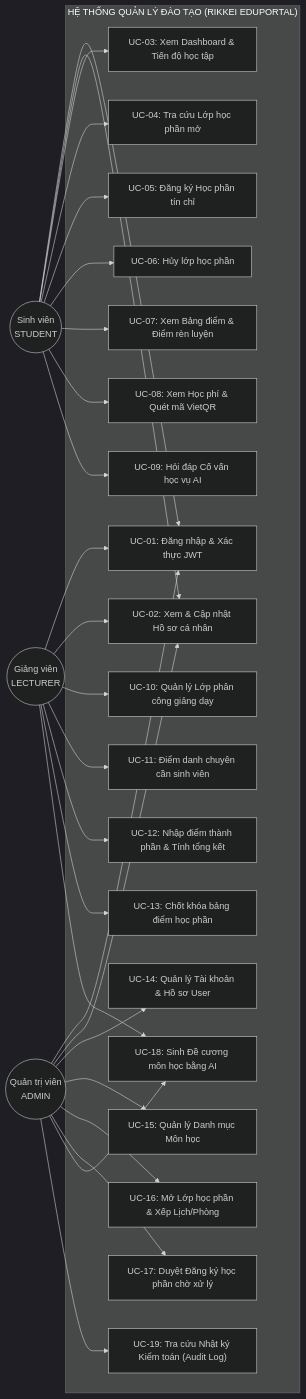
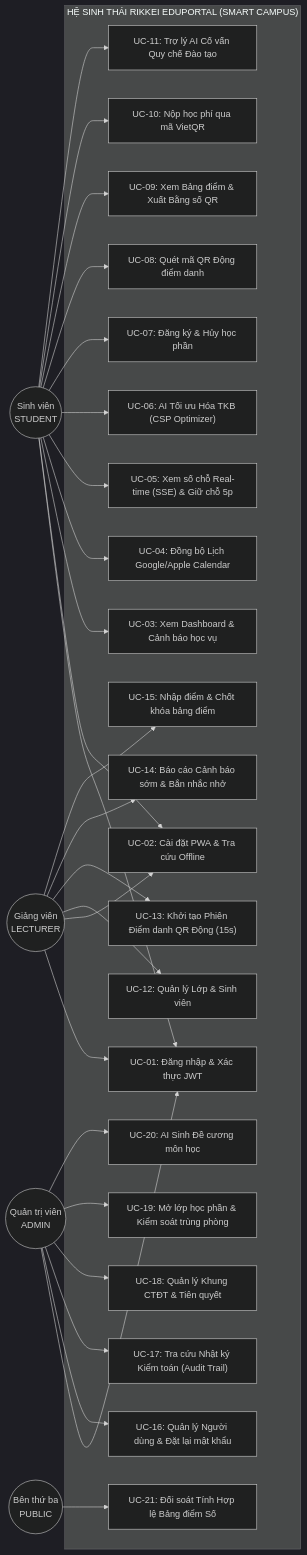
One commit to minh2307/Student-Information-System changed the second of 7 diagrams in SRS.md. Above: the diagram before and after it, drawn with Mermaid (dark theme). The commit also changed other lines of this file, not shown here.

Commit message:
docs(srs): upgrade SRS specification to v2.1 Smart Campus Enterprise Release with full modern feature specs

````diff
--- a/SRS.md
+++ b/SRS.md
@@ -114,64 +118,69 @@
 ```mermaid
 graph LR
     actor_stu((Sinh viên\nSTUDENT))
     actor_lec((Giảng viên\nLECTURER))
     actor_adm((Quản trị viên\nADMIN))
+    actor_pub((Bên thứ ba\nPUBLIC))
 
-    subgraph SystemBoundary ["HỆ THỐNG QUẢN LÝ ĐÀO TẠO (RIKKEI EDUPORTAL)"]
+    subgraph SystemBoundary ["HỆ SINH THÁI RIKKEI EDUPORTAL (SMART CAMPUS)"]
+        %% Common
         UC_LOGIN["UC-01: Đăng nhập & Xác thực JWT"]
-        UC_PROFILE["UC-02: Xem & Cập nhật Hồ sơ cá nhân"]
+        UC_PWA["UC-02: Cài đặt PWA & Tra cứu Offline"]
         
         %% Student Use Cases
-        UC_DASHBOARD["UC-03: Xem Dashboard & Tiến độ học tập"]
-        UC_VIEW_CLASSES["UC-04: Tra cứu Lớp học phần mở"]
-        UC_ENROLL["UC-05: Đăng ký Học phần tín chỉ"]
-        UC_DROP["UC-06: Hủy lớp học phần"]
-        UC_VIEW_GRADE["UC-07: Xem Bảng điểm & Điểm rèn luyện"]
-        UC_TUITION["UC-08: Xem Học phí & Quét mã VietQR"]
-        UC_AI_CHAT["UC-09: Hỏi đáp Cố vấn học vụ AI"]
+        UC_DASHBOARD["UC-03: Xem Dashboard & Cảnh báo học vụ"]
+        UC_CAL_SYNC["UC-04: Đồng bộ Lịch Google/Apple Calendar"]
+        UC_LIVE_SEAT["UC-05: Xem số chỗ Real-time (SSE) & Giữ chỗ 5p"]
+        UC_AI_SCHED["UC-06: AI Tối ưu Hóa TKB (CSP Optimizer)"]
+        UC_ENROLL["UC-07: Đăng ký & Hủy học phần"]
+        UC_QR_ATTEND["UC-08: Quét mã QR Động điểm danh"]
+        UC_DIGITAL_TRANSCRIPT["UC-09: Xem Bảng điểm & Xuất Bằng số QR"]
+        UC_TUITION["UC-10: Nộp học phí qua mã VietQR"]
+        UC_AI_CHAT["UC-11: Trợ lý AI Cố vấn Quy chế Đào tạo"]
 
         %% Lecturer Use Cases
-        UC_LEC_CLASSES["UC-10: Quản lý Lớp phân công giảng dạy"]
-        UC_ATTENDANCE["UC-11: Điểm danh chuyên cần sinh viên"]
-        UC_INPUT_GRADE["UC-12: Nhập điểm thành phần & Tính tổng kết"]
-        UC_LOCK_GRADE["UC-13: Chốt khóa bảng điểm học phần"]
+        UC_LEC_CLASSES["UC-12: Quản lý Lớp & Sinh viên"]
+        UC_ROTATING_QR["UC-13: Khởi tạo Phiên Điểm danh QR Động (15s)"]
+        UC_EARLY_WARNING["UC-14: Báo cáo Cảnh báo sớm & Bắn nhắc nhở"]
+        UC_INPUT_GRADE["UC-15: Nhập điểm & Chốt khóa bảng điểm"]
 
         %% Admin Use Cases
-        UC_CRUD_USER["UC-14: Quản lý Tài khoản & Hồ sơ User"]
-        UC_CRUD_COURSE["UC-15: Quản lý Danh mục Môn học"]
-        UC_CRUD_SECTION["UC-16: Mở Lớp học phần & Xếp Lịch/Phòng"]
-        UC_APPROVE_ENROLL["UC-17: Duyệt Đăng ký học phần chờ xử lý"]
-        UC_GEN_SYLLABUS["UC-18: Sinh Đề cương môn học bằng AI"]
-        UC_AUDIT["UC-19: Tra cứu Nhật ký Kiểm toán (Audit Log)"]
+        UC_ADMIN_USERS["UC-16: Quản lý Người dùng & Đặt lại mật khẩu"]
+        UC_AUDIT_LOGS["UC-17: Tra cứu Nhật ký Kiểm toán (Audit Trail)"]
+        UC_ADMIN_COURSES["UC-18: Quản lý Khung CTĐT & Tiên quyết"]
+        UC_ADMIN_SECTIONS["UC-19: Mở lớp học phần & Kiểm soát trùng phòng"]
+        UC_GEN_SYLLABUS["UC-20: AI Sinh Đề cương môn học"]
+
+        %% Public Use Case
+        UC_VERIFY_CREDENTIAL["UC-21: Đối soát Tính Hợp lệ Bảng điểm Số"]
     end
 
-    %% Student connections
+    %% Connections
     actor_stu --> UC_LOGIN
-    actor_stu --> UC_PROFILE
+    actor_stu --> UC_PWA
     actor_stu --> UC_DASHBOARD
-    actor_stu --> UC_VIEW_CLASSES
+    actor_stu --> UC_CAL_SYNC
+    actor_stu --> UC_LIVE_SEAT
+    actor_stu --> UC_AI_SCHED
     actor_stu --> UC_ENROLL
-    actor_stu --> UC_DROP
-    actor_stu --> UC_VIEW_GRADE
+    actor_stu --> UC_QR_ATTEND
+    actor_stu --> UC_DIGITAL_TRANSCRIPT
     actor_stu --> UC_TUITION
     actor_stu --> UC_AI_CHAT
 
-    %% Lecturer connections
     actor_lec --> UC_LOGIN
-    actor_lec --> UC_PROFILE
+    actor_lec --> UC_PWA
     actor_lec --> UC_LEC_CLASSES
-    actor_lec --> UC_ATTENDANCE
+    actor_lec --> UC_ROTATING_QR
+    actor_lec --> UC_EARLY_WARNING
     actor_lec --> UC_INPUT_GRADE
-    actor_lec --> UC_LOCK_GRADE
-    actor_lec --> UC_GEN_SYLLABUS
 
-    %% Admin connections
     actor_adm --> UC_LOGIN
-    actor_adm --> UC_PROFILE
-    actor_adm --> UC_CRUD_USER
-    actor_adm --> UC_CRUD_COURSE
-    actor_adm --> UC_CRUD_SECTION
-    actor_adm --> UC_APPROVE_ENROLL
+    actor_adm --> UC_ADMIN_USERS
+    actor_adm --> UC_AUDIT_LOGS
+    actor_adm --> UC_ADMIN_COURSES
+    actor_adm --> UC_ADMIN_SECTIONS
     actor_adm --> UC_GEN_SYLLABUS
-    actor_adm --> UC_AUDIT
+
+    actor_pub --> UC_VERIFY_CREDENTIAL
 ```
````
